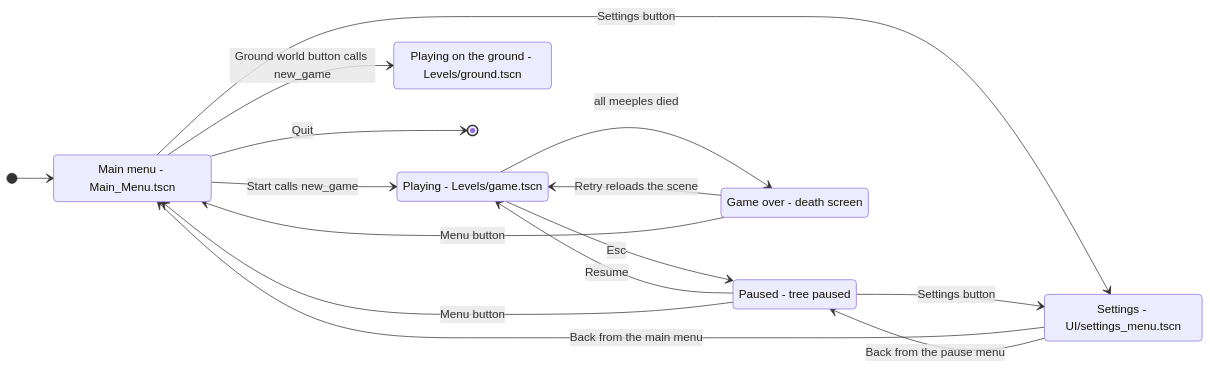
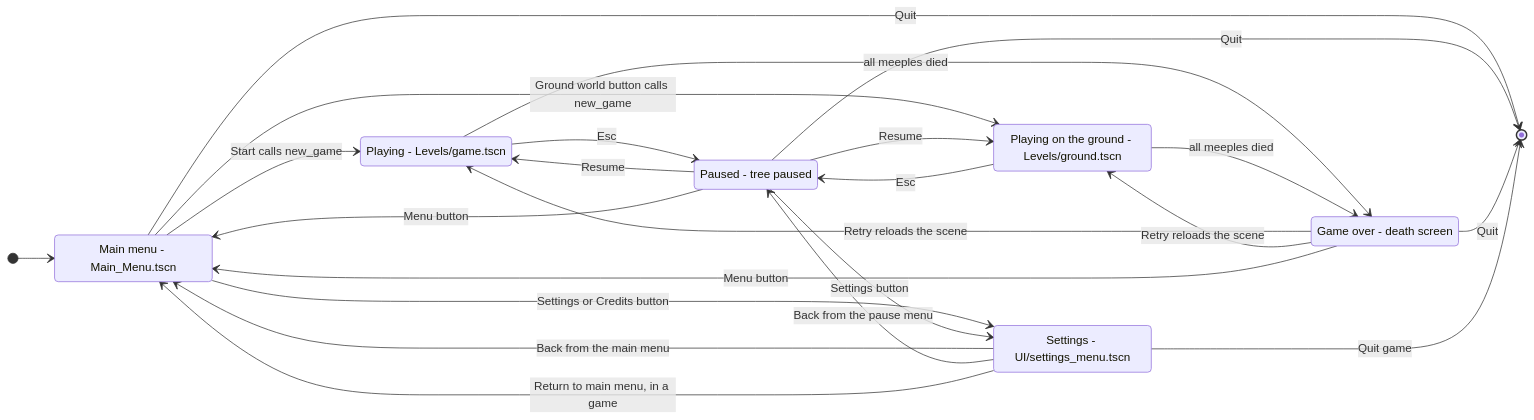
The eighth of 11 diagrams in docs/architecture.md (Liam-M-Mays/game-jam-2026), drawn with Mermaid before and after one commit. The commit also changed other lines of this file and 11 other files, not shown here.

````diff
--- a/docs/architecture.md
+++ b/docs/architecture.md
@@ -303,25 +307,33 @@
 ```mermaid
 stateDiagram-v2
     direction LR
     MainMenu: Main menu - Main_Menu.tscn
     Playing: Playing - Levels/game.tscn
     Ground: Playing on the ground - Levels/ground.tscn
     Paused: Paused - tree paused
     GameOver: Game over - death screen
     SettingsScreen: Settings - UI/settings_menu.tscn
 
     [*] --> MainMenu
     MainMenu --> Playing: Start calls new_game
     MainMenu --> Ground: Ground world button calls new_game
     Playing --> Paused: Esc
     Paused --> Playing: Resume
+    Ground --> Paused: Esc
+    Paused --> Ground: Resume
     Paused --> MainMenu: Menu button
-    MainMenu --> SettingsScreen: Settings button
+    MainMenu --> SettingsScreen: Settings or Credits button
     Paused --> SettingsScreen: Settings button
     SettingsScreen --> MainMenu: Back from the main menu
     SettingsScreen --> Paused: Back from the pause menu
+    SettingsScreen --> MainMenu: Return to main menu, in a game
     Playing --> GameOver: all meeples died
     GameOver --> Playing: Retry reloads the scene
+    Ground --> GameOver: all meeples died
+    GameOver --> Ground: Retry reloads the scene
     GameOver --> MainMenu: Menu button
     MainMenu --> [*]: Quit
+    Paused --> [*]: Quit
+    GameOver --> [*]: Quit
+    SettingsScreen --> [*]: Quit game
 ```
````
